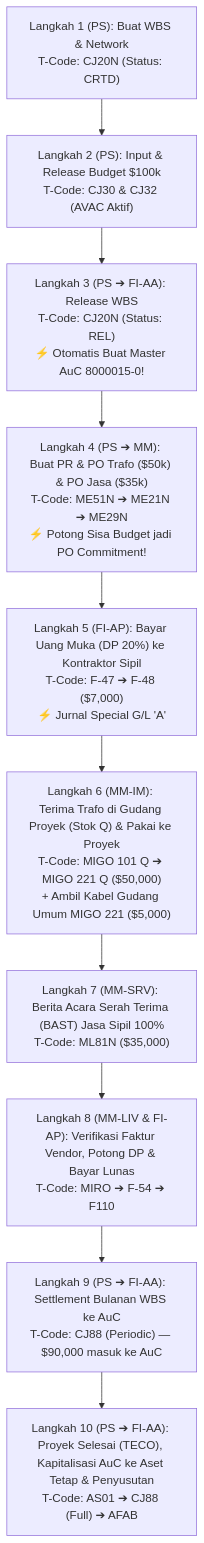
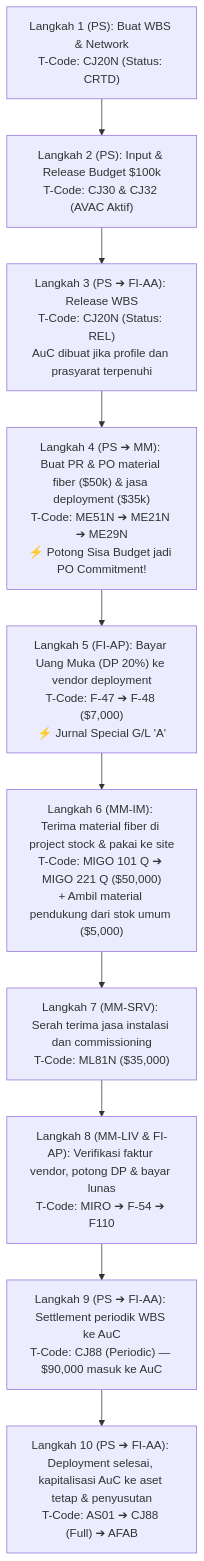
The diagram in docs/curriculum/05-integration-and-end-to-end-case-study.md (rendgraagrida/projects-sap), drawn with Mermaid before and after one commit. The commit also changed other lines of this file and 34 other files, not shown here.

````diff
--- a/docs/curriculum/05-integration-and-end-to-end-case-study.md
+++ b/docs/curriculum/05-integration-and-end-to-end-case-study.md
@@ -24,12 +31,12 @@
 ```mermaid
 flowchart TD
     S1["Langkah 1 (PS): Buat WBS & Network\nT-Code: CJ20N (Status: CRTD)"] --> S2["Langkah 2 (PS): Input & Release Budget $100k\nT-Code: CJ30 & CJ32 (AVAC Aktif)"]
-    S2 --> S3["Langkah 3 (PS ➔ FI-AA): Release WBS\nT-Code: CJ20N (Status: REL)\n⚡ Otomatis Buat Master AuC 8000015-0!"]
-    S3 --> S4["Langkah 4 (PS ➔ MM): Buat PR & PO Trafo ($50k) & PO Jasa ($35k)\nT-Code: ME51N ➔ ME21N ➔ ME29N\n⚡ Potong Sisa Budget jadi PO Commitment!"]
-    S4 --> S5["Langkah 5 (FI-AP): Bayar Uang Muka (DP 20%) ke Kontraktor Sipil\nT-Code: F-47 ➔ F-48 ($7,000)\n⚡ Jurnal Special G/L 'A'"]
-    S5 --> S6["Langkah 6 (MM-IM): Terima Trafo di Gudang Proyek (Stok Q) & Pakai ke Proyek\nT-Code: MIGO 101 Q ➔ MIGO 221 Q ($50,000)\n+ Ambil Kabel Gudang Umum MIGO 221 ($5,000)"]
-    S6 --> S7["Langkah 7 (MM-SRV): Berita Acara Serah Terima (BAST) Jasa Sipil 100%\nT-Code: ML81N ($35,000)"]
-    S7 --> S8["Langkah 8 (MM-LIV & FI-AP): Verifikasi Faktur Vendor, Potong DP & Bayar Lunas\nT-Code: MIRO ➔ F-54 ➔ F110"]
-    S8 --> S9["Langkah 9 (PS ➔ FI-AA): Settlement Bulanan WBS ke AuC\nT-Code: CJ88 (Periodic) — $90,000 masuk ke AuC"]
-    S9 --> S10["Langkah 10 (PS ➔ FI-AA): Proyek Selesai (TECO), Kapitalisasi AuC ke Aset Tetap & Penyusutan\nT-Code: AS01 ➔ CJ88 (Full) ➔ AFAB"]
+    S2 --> S3["Langkah 3 (PS ➔ FI-AA): Release WBS\nT-Code: CJ20N (Status: REL)\nAuC dibuat jika profile dan prasyarat terpenuhi"]
+    S3 --> S4["Langkah 4 (PS ➔ MM): Buat PR & PO material fiber ($50k) & jasa deployment ($35k)\nT-Code: ME51N ➔ ME21N ➔ ME29N\n⚡ Potong Sisa Budget jadi PO Commitment!"]
+    S4 --> S5["Langkah 5 (FI-AP): Bayar Uang Muka (DP 20%) ke vendor deployment\nT-Code: F-47 ➔ F-48 ($7,000)\n⚡ Jurnal Special G/L 'A'"]
+    S5 --> S6["Langkah 6 (MM-IM): Terima material fiber di project stock & pakai ke site\nT-Code: MIGO 101 Q ➔ MIGO 221 Q ($50,000)\n+ Ambil material pendukung dari stok umum ($5,000)"]
+    S6 --> S7["Langkah 7 (MM-SRV): Serah terima jasa instalasi dan commissioning\nT-Code: ML81N ($35,000)"]
+    S7 --> S8["Langkah 8 (MM-LIV & FI-AP): Verifikasi faktur vendor, potong DP & bayar lunas\nT-Code: MIRO ➔ F-54 ➔ F110"]
+    S8 --> S9["Langkah 9 (PS ➔ FI-AA): Settlement periodik WBS ke AuC\nT-Code: CJ88 (Periodic) — $90,000 masuk ke AuC"]
+    S9 --> S10["Langkah 10 (PS ➔ FI-AA): Deployment selesai, kapitalisasi AuC ke aset tetap & penyusutan\nT-Code: AS01 ➔ CJ88 (Full) ➔ AFAB"]
 ```
````
